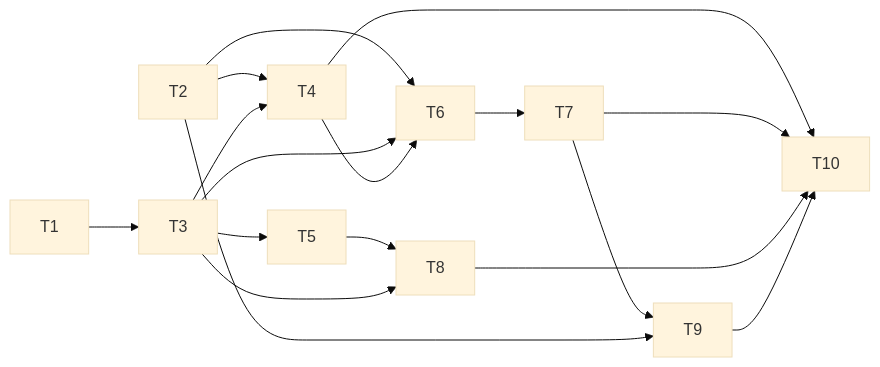
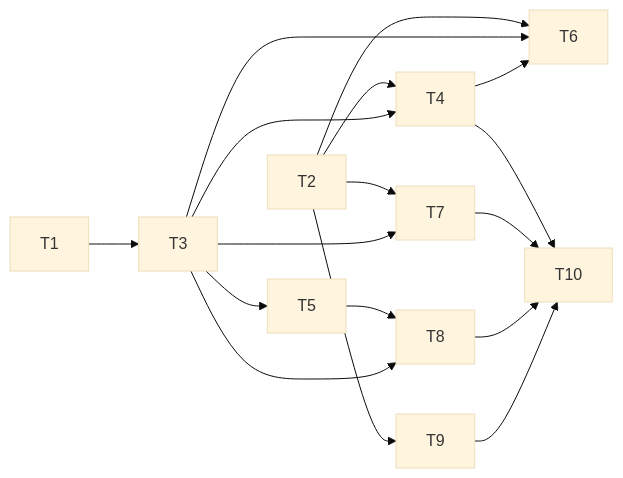
Before and after one commit to abankowski/mcpmem: the diagram in docs/superpowers/plans/2026-10-02-file-attachments.md, drawn with Mermaid (base theme). The commit also changed other lines of this file, not shown here.

````diff
--- a/docs/superpowers/plans/2026-10-02-file-attachments.md
+++ b/docs/superpowers/plans/2026-10-02-file-attachments.md
@@ -49,19 +49,19 @@
 ```mermaid
 flowchart LR
   T1 --> T3
   T2 --> T4
   T3 --> T4
   T3 --> T5
   T2 --> T6
   T3 --> T6
   T4 --> T6
-  T6 --> T7
+  T2 --> T7
   T5 --> T8
   T3 --> T8
-  T7 --> T9
+  T3 --> T7
   T2 --> T9
   T4 --> T10
   T7 --> T10
   T8 --> T10
   T9 --> T10
 ```
````
